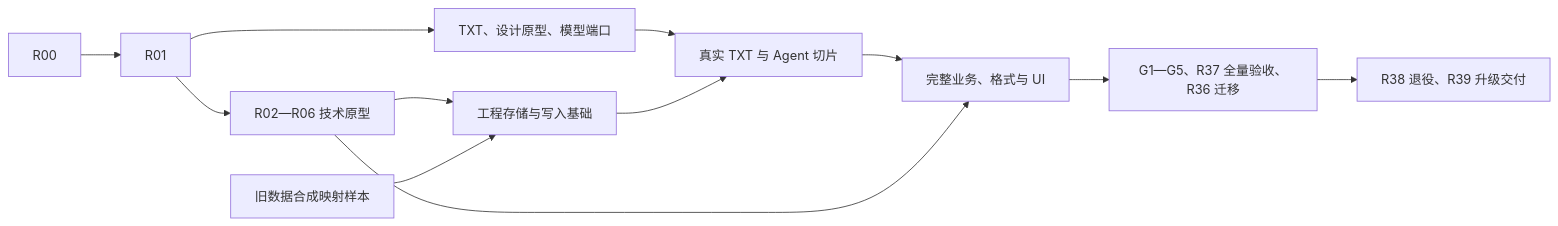
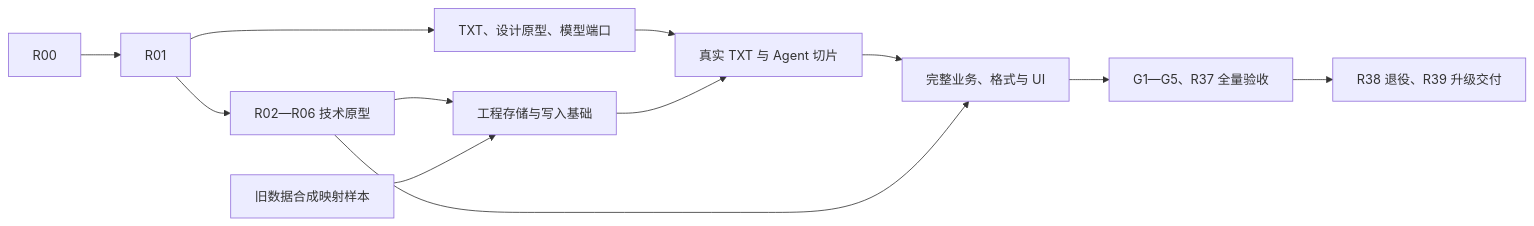
One commit to breakyuna/LightNovelTranslator changed the diagram in docs/plans/2026-10-22-native-lg-rebuild/IMPLEMENTATION_PLAN.md. Above: the diagram before and after it, drawn with Mermaid. The commit also changed other lines of this file and 143 other files, not shown here.

````diff
--- a/docs/plans/2026-10-22-native-lg-rebuild/IMPLEMENTATION_PLAN.md
+++ b/docs/plans/2026-10-22-native-lg-rebuild/IMPLEMENTATION_PLAN.md
@@ -36,14 +36,14 @@
 ```mermaid
 flowchart LR
     R00 --> R01
     R01 --> Gates["R02—R06 技术原型"]
     R01 --> Basic["TXT、设计原型、模型端口"]
     Gates --> Data["工程存储与写入基础"]
     Basic --> Slice["真实 TXT 与 Agent 切片"]
     Data --> Slice
     Slice --> Full["完整业务、格式与 UI"]
     Gates --> Full
     Sample["旧数据合成映射样本"] --> Data
-    Full --> Verify["G1—G5、R37 全量验收、R36 迁移"]
+    Full --> Verify["G1—G5、R37 全量验收"]
     Verify --> Retire["R38 退役、R39 升级交付"]
 ```
````
